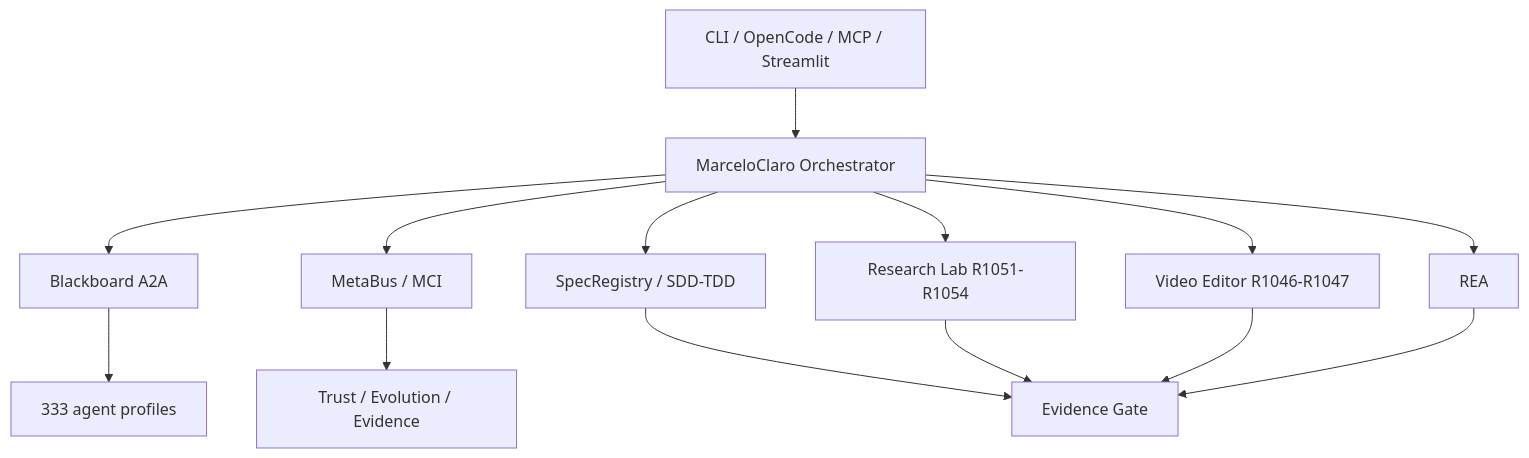
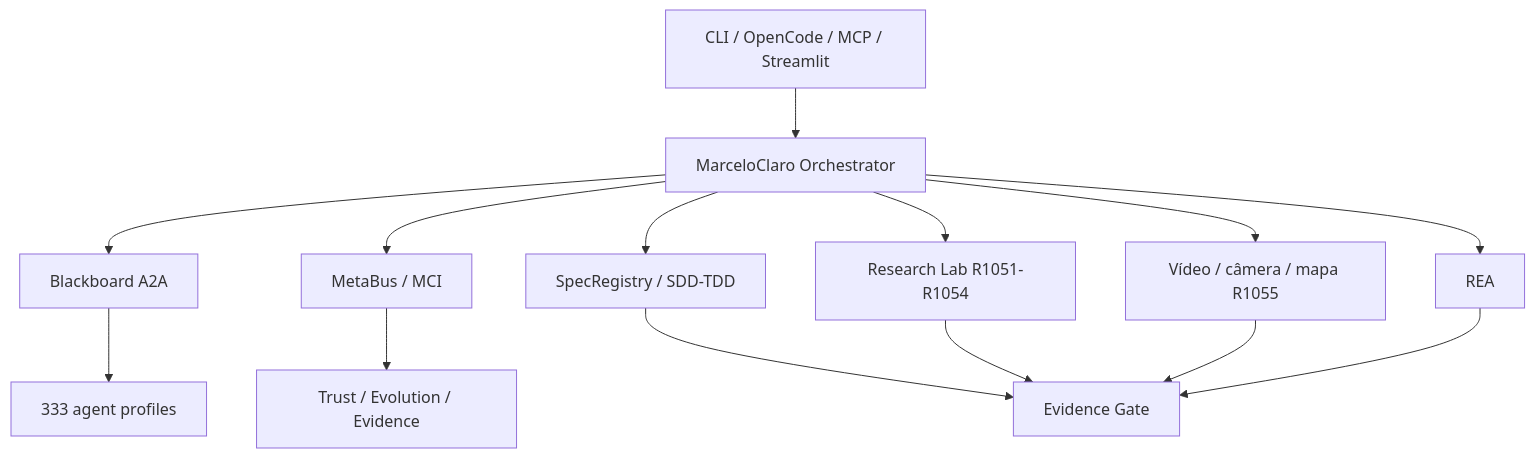
One commit to MarceloClaro/opencode-ecosystem-core changed the diagram in docs/README.md. Above: the diagram before and after it, drawn with Mermaid. The commit also changed other lines of this file and 217 other files, not shown here.

First line of the commit message:
docs(r1056): atlas animado dos diagramas e documentação R1055

````diff
--- a/docs/README.md
+++ b/docs/README.md
@@ -148,16 +152,16 @@
 ```mermaid
 flowchart TB
     U["CLI / OpenCode / MCP / Streamlit"] --> O["MarceloClaro Orchestrator"]
     O --> B["Blackboard A2A"]
     O --> M["MetaBus / MCI"]
     O --> S["SpecRegistry / SDD-TDD"]
     O --> R["Research Lab R1051-R1054"]
-    O --> V["Video Editor R1046-R1047"]
+    O --> V["Vídeo / câmera / mapa R1055"]
     O --> E["REA"]
     B --> A["333 agent profiles"]
     M --> G["Trust / Evolution / Evidence"]
     S --> Gate["Evidence Gate"]
     R --> Gate
     V --> Gate
     E --> Gate
 ```
````
